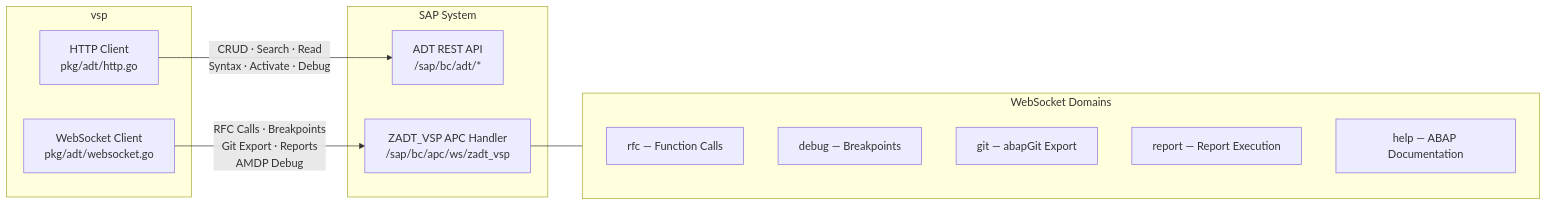
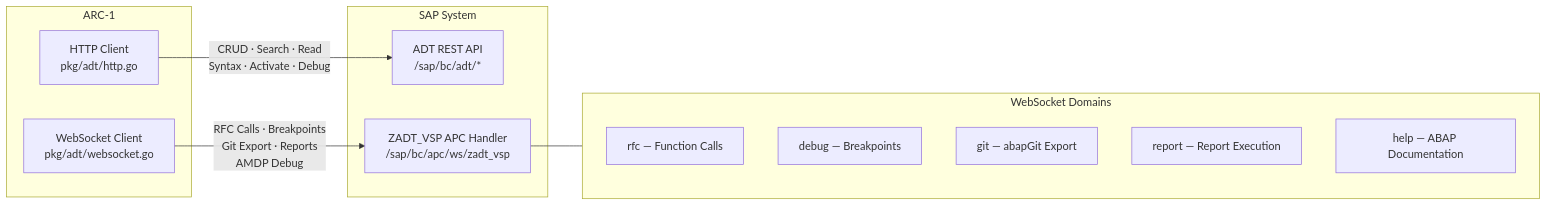
Before and after one commit to marianfoo/arc-1: the fifth of 7 diagrams in docs/architecture.md, drawn with Mermaid. The commit also changed other lines of this file and 83 other files, not shown here.

````diff
--- a/docs/architecture.md
+++ b/docs/architecture.md
@@ -246,26 +245,26 @@
 ```mermaid
 flowchart LR
-    subgraph VSP["vsp"]
+    subgraph VSP["ARC-1"]
         HTTP[HTTP Client<br/>pkg/adt/http.go]
         WS[WebSocket Client<br/>pkg/adt/websocket.go]
     end
 
     subgraph SAP["SAP System"]
         ADT[ADT REST API<br/>/sap/bc/adt/*]
         APC[ZADT_VSP APC Handler<br/>/sap/bc/apc/ws/zadt_vsp]
     end
 
     HTTP -->|"CRUD · Search · Read<br/>Syntax · Activate · Debug"| ADT
     WS -->|"RFC Calls · Breakpoints<br/>Git Export · Reports<br/>AMDP Debug"| APC
 
     subgraph WSServices["WebSocket Domains"]
         direction TB
         RFC[rfc — Function Calls]
         BRK[debug — Breakpoints]
         GIT[git — abapGit Export]
         RPT[report — Report Execution]
         HLP[help — ABAP Documentation]
     end
 
     APC --- WSServices
 ```
````
